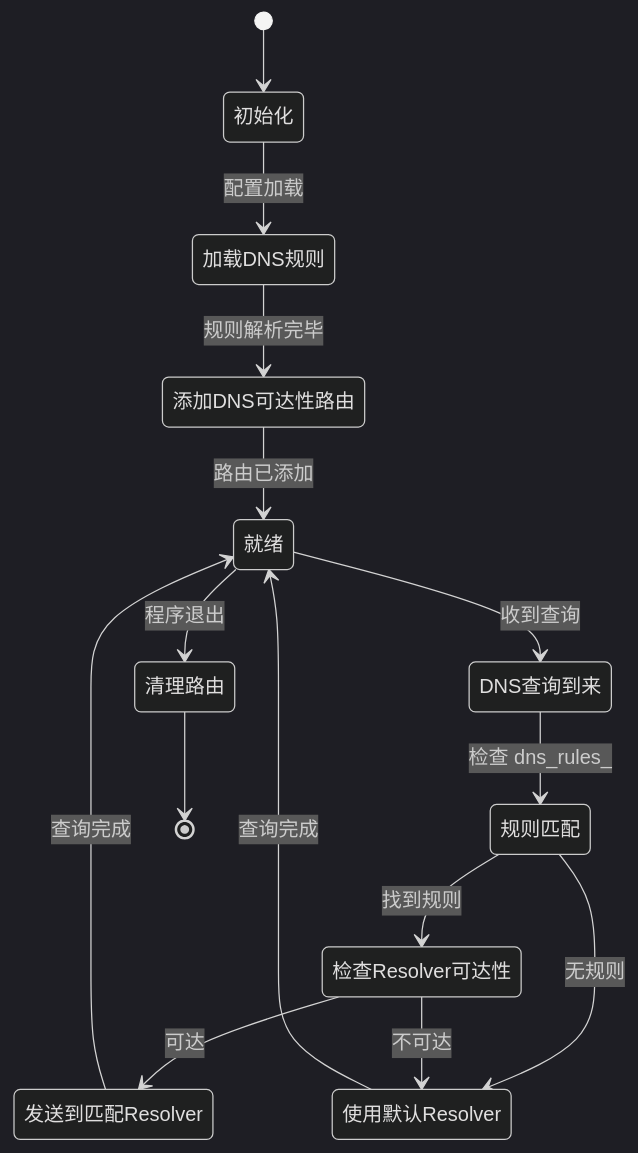
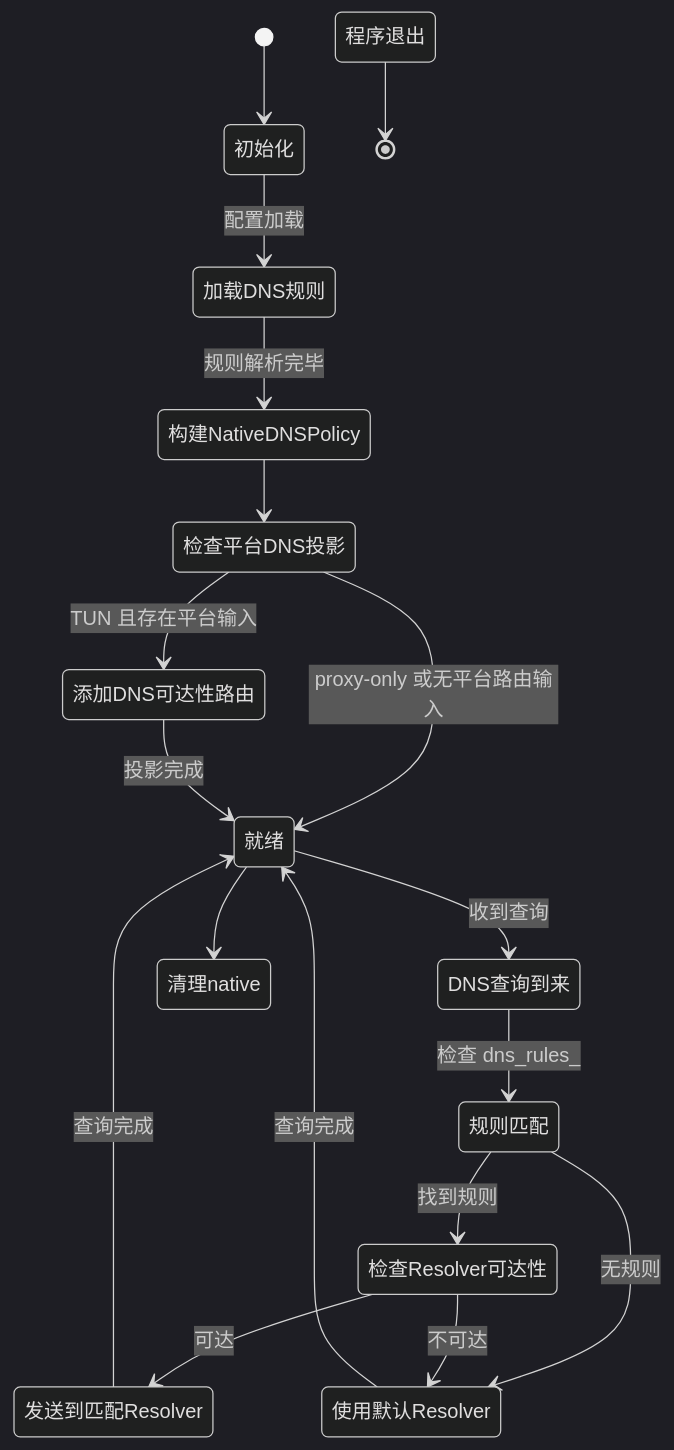
Before and after one commit to rebecca554owen/openppp2: the eighth of 8 diagrams in docs/guides/ROUTING_AND_DNS_CN.md, drawn with Mermaid (dark theme). The commit also changed other lines of this file and 34 other files, not shown here.

````diff
--- a/docs/guides/ROUTING_AND_DNS_CN.md
+++ b/docs/guides/ROUTING_AND_DNS_CN.md
@@ -585,17 +660,20 @@
 ```mermaid
 stateDiagram-v2
     [*] --> 初始化
     初始化 --> 加载DNS规则 : 配置加载
-    加载DNS规则 --> 添加DNS可达性路由 : 规则解析完毕
-    添加DNS可达性路由 --> 就绪 : 路由已添加
+    加载DNS规则 --> 构建NativeDNSPolicy : 规则解析完毕
+    构建NativeDNSPolicy --> 检查平台DNS投影
+    检查平台DNS投影 --> 添加DNS可达性路由 : TUN 且存在平台输入
+    检查平台DNS投影 --> 就绪 : proxy-only 或无平台路由输入
+    添加DNS可达性路由 --> 就绪 : 投影完成
     就绪 --> DNS查询到来 : 收到查询
     DNS查询到来 --> 规则匹配 : 检查 dns_rules_
     规则匹配 --> 检查Resolver可达性 : 找到规则
     规则匹配 --> 使用默认Resolver : 无规则
     检查Resolver可达性 --> 发送到匹配Resolver : 可达
     检查Resolver可达性 --> 使用默认Resolver : 不可达
     发送到匹配Resolver --> 就绪 : 查询完成
     使用默认Resolver --> 就绪 : 查询完成
-    就绪 --> 清理路由 : 程序退出
-    清理路由 --> [*]
+    就绪 --> 清理native policy/routes : 程序退出
+    清理native policy/routes --> [*]
 ```
````
